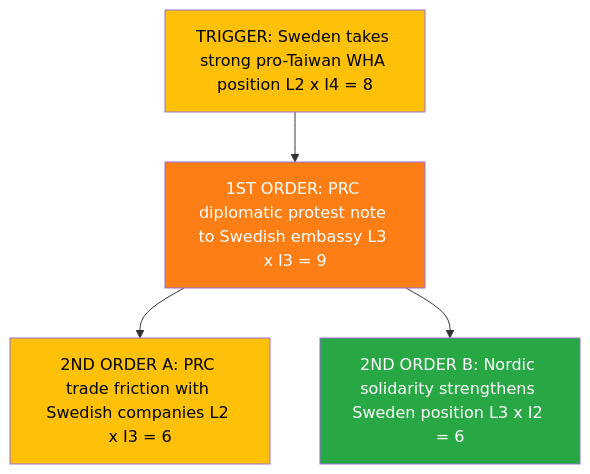
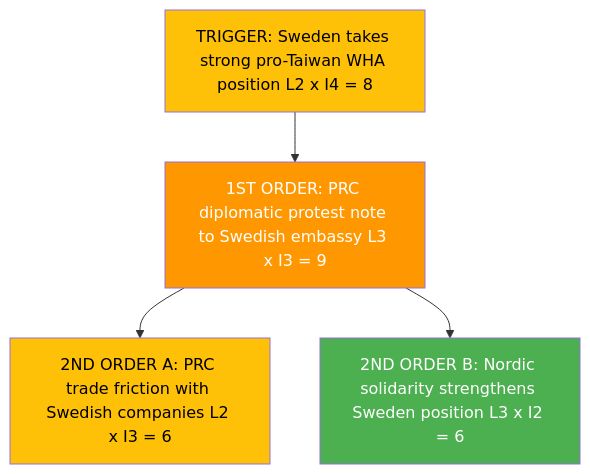
One commit to Hack23/riksdagsmonitor changed the third of 4 diagrams in analysis/daily/2026-04-10/realtime-1026/risk-assessment.md. Above: the diagram before and after it, drawn with Mermaid. The commit also changed other lines of this file and 785 other files, not shown here.

First line of the commit message:
Normalize mermaid colors across 786 analysis artifacts to ISMS Style Guide palette

````diff
--- a/analysis/daily/2026-04-10/realtime-1026/risk-assessment.md
+++ b/analysis/daily/2026-04-10/realtime-1026/risk-assessment.md
@@ -162,12 +162,12 @@
 ```mermaid
 flowchart TD
     TRIGGER[TRIGGER: Sweden takes strong pro-Taiwan WHA position L2 x I4 = 8]
     TRIGGER --> FIRST[1ST ORDER: PRC diplomatic protest note to Swedish embassy L3 x I3 = 9]
     FIRST --> SECOND_A[2ND ORDER A: PRC trade friction with Swedish companies L2 x I3 = 6]
     FIRST --> SECOND_B[2ND ORDER B: Nordic solidarity strengthens Sweden position L3 x I2 = 6]
 
-    style TRIGGER fill:#ffc107,color:#000
-    style FIRST fill:#fd7e14,color:#fff
-    style SECOND_A fill:#ffc107,color:#000
-    style SECOND_B fill:#28a745,color:#fff
+    style TRIGGER fill:#FFC107,color:#000000
+    style FIRST fill:#FF9800,color:#FFFFFF
+    style SECOND_A fill:#FFC107,color:#000000
+    style SECOND_B fill:#4CAF50,color:#FFFFFF
 ```
````
